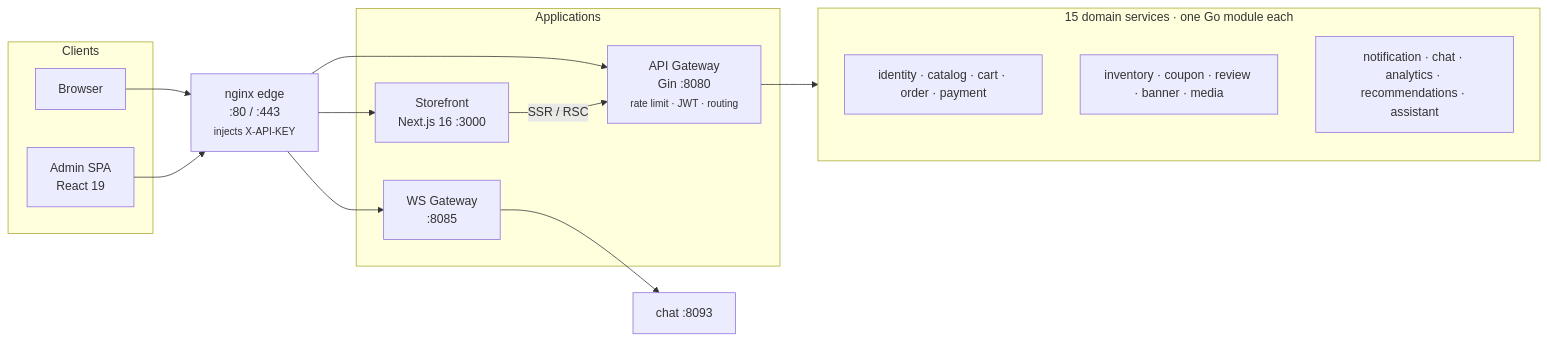
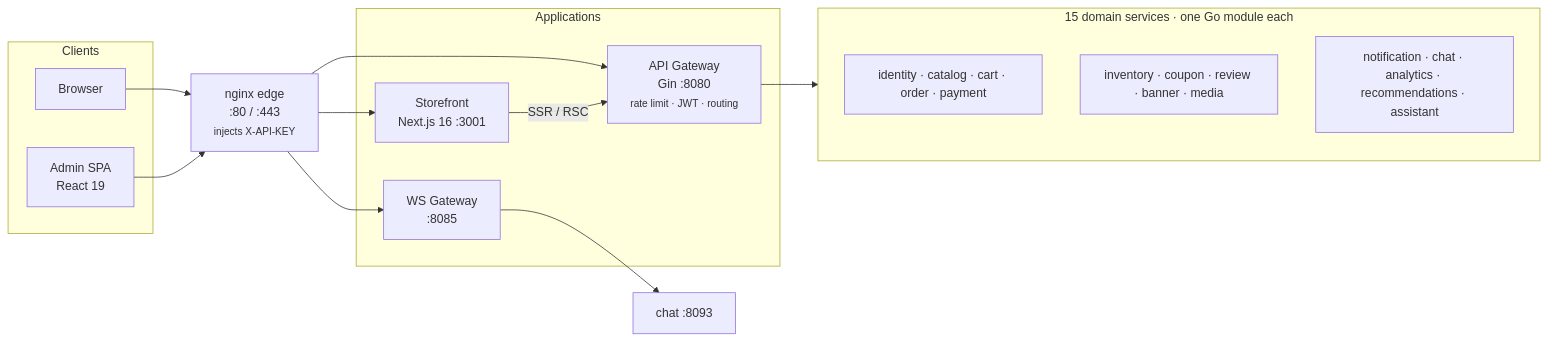
Before and after one commit to hoangphi117/GOshop: the first of 2 diagrams in README.md, drawn with Mermaid. The commit also changed other lines of this file, not shown here.

````diff
--- a/README.md
+++ b/README.md
@@ -126,31 +118,31 @@
 ```mermaid
 flowchart LR
     subgraph clients["Clients"]
         B["Browser"]
         A["Admin SPA<br/>React 19"]
     end
 
     EDGE["nginx edge<br/>:80 / :443<br/><small>injects X-API-KEY</small>"]
 
     subgraph apps["Applications"]
-        SF["Storefront<br/>Next.js 16 :3000"]
+        SF["Storefront<br/>Next.js 16 :3001"]
         GW["API Gateway<br/>Gin :8080<br/><small>rate limit · JWT · routing</small>"]
         WS["WS Gateway<br/>:8085"]
     end
 
     subgraph domains["15 domain services · one Go module each"]
         direction TB
         D1["identity · catalog · cart · order · payment"]
         D2["inventory · coupon · review · banner · media"]
         D3["notification · chat · analytics · recommendations · assistant"]
     end
 
     B --> EDGE
     A --> EDGE
     EDGE --> SF
     EDGE --> GW
     EDGE --> WS
     WS --> CHT["chat :8093"]
     GW --> domains
     SF -->|"SSR / RSC"| GW
 ```
````
